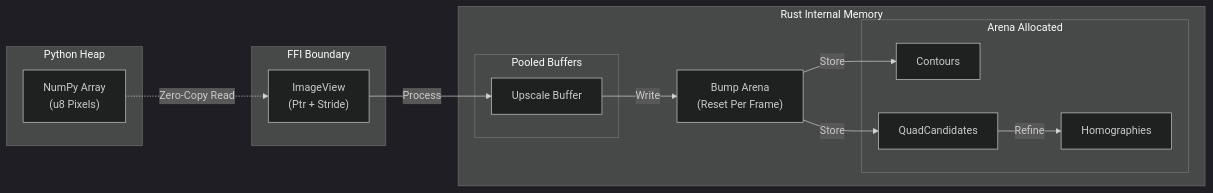
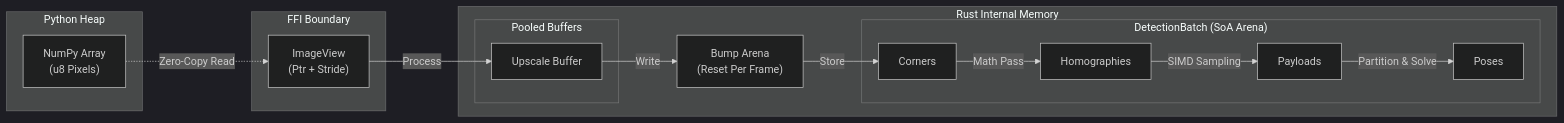
One commit to NoeFontana/locus-tag changed the fourth of 6 diagrams in docs/explanation/architecture.md. Above: the diagram before and after it, drawn with Mermaid (dark theme). The commit also changed other lines of this file and 29 other files, not shown here.

````diff
--- a/docs/explanation/architecture.md
+++ b/docs/explanation/architecture.md
@@ -164,31 +165,33 @@
 ```mermaid
 flowchart LR
     subgraph Python ["Python Heap"]
         PyArr["NumPy Array<br/>(u8 Pixels)"]
     end
 
     subgraph Interface ["FFI Boundary"]
         View["ImageView<br/>(Ptr + Stride)"]
     end
 
     subgraph Rust ["Rust Internal Memory"]
         Arena["Bump Arena<br/>(Reset Per Frame)"]
 
         subgraph Static ["Pooled Buffers"]
             Upscale["Upscale Buffer"]
         end
 
-        subgraph Ephemeral ["Arena Allocated"]
-            Contours
-            QuadCandidates
+        subgraph SoA ["DetectionBatch (SoA Arena)"]
+            Corners
             Homographies
+            Payloads
+            Poses
         end
     end
 
     PyArr -.->|Zero-Copy Read| View
     View -->|Process| Upscale
     Upscale -->|Write| Arena
-    Arena -->|Store| Contours
-    Arena -->|Store| QuadCandidates
-    QuadCandidates -->|Refine| Homographies
+    Arena -->|Store| Corners
+    Corners -->|Math Pass| Homographies
+    Homographies -->|SIMD Sampling| Payloads
+    Payloads -->|Partition & Solve| Poses
 ```
````
